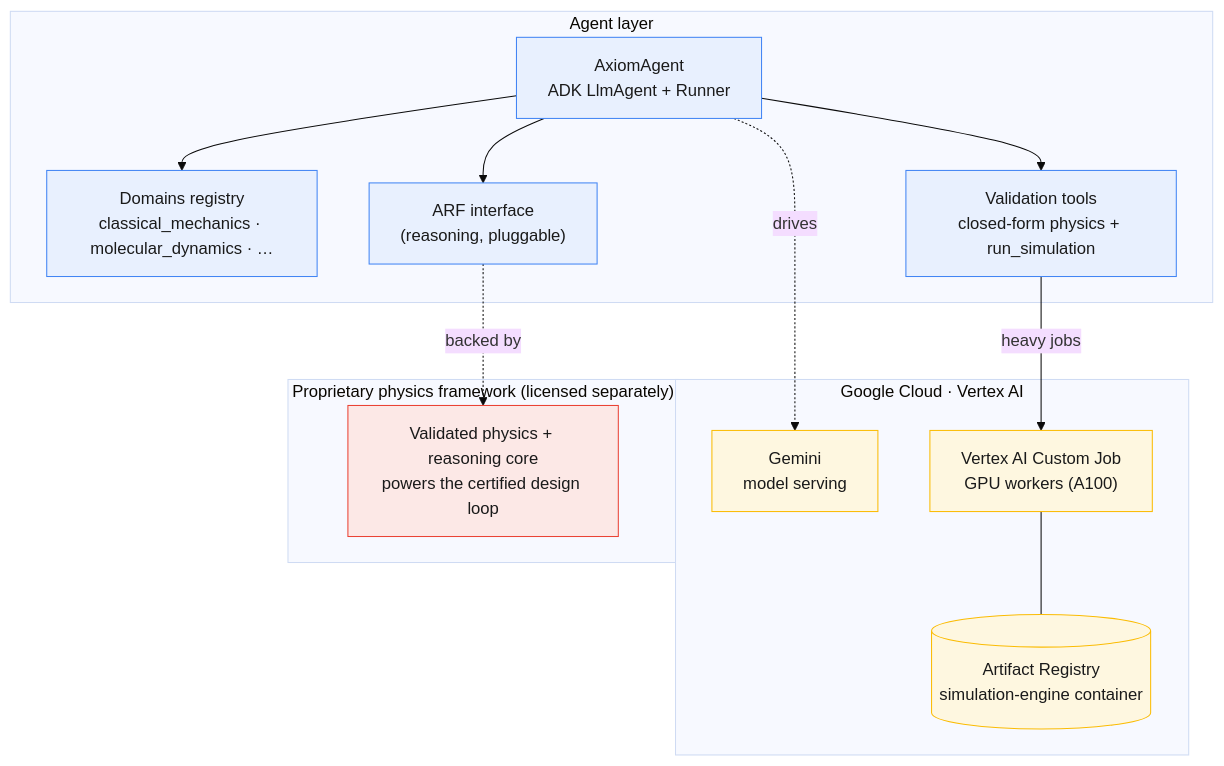
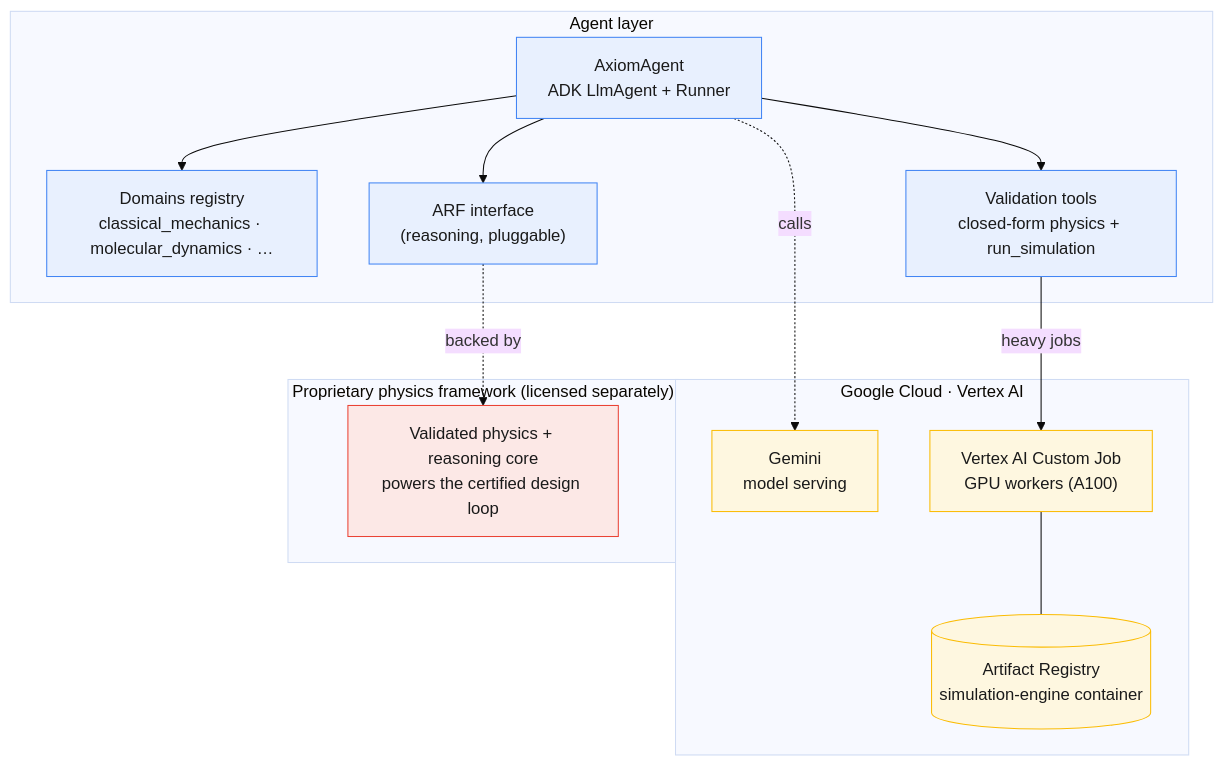
The second of 2 diagrams in docs/architecture-diagram.md (nakulvyas21/axiom-agent), drawn with Mermaid (base theme) before and after one commit. The commit also changed 1 other file, not shown here.

Commit message:
Clarify diagram edge: AxiomAgent calls Gemini

````diff
--- a/docs/architecture-diagram.md
+++ b/docs/architecture-diagram.md
@@ -35,34 +35,34 @@
 ```mermaid
 flowchart TB
     subgraph AGENT["Agent layer"]
         A[AxiomAgent<br/>ADK LlmAgent + Runner]
         D["Domains registry<br/>classical_mechanics · molecular_dynamics · …"]
         T["Validation tools<br/>closed-form physics + run_simulation"]
         R["ARF interface<br/>(reasoning, pluggable)"]
         A --> D
         A --> T
         A --> R
     end
 
     subgraph GCP["Google Cloud · Vertex AI"]
         G[Gemini<br/>model serving]
         V["Vertex AI Custom Job<br/>GPU workers (A100)"]
         AR[(Artifact Registry<br/>simulation-engine container)]
         V --- AR
     end
 
     subgraph IP["Proprietary physics framework (licensed separately)"]
         P["Validated physics + reasoning core<br/>powers the certified design loop"]
     end
 
-    A -. drives .-> G
+    A -. calls .-> G
     T -- heavy jobs --> V
     R -. backed by .-> P
 
     classDef agent fill:#e8f0fe,stroke:#4285f4,color:#1a1a1a;
     classDef gcp fill:#fef7e0,stroke:#fbbc04,color:#1a1a1a;
     classDef ip fill:#fce8e6,stroke:#ea4335,color:#1a1a1a;
     class A,D,T,R agent;
     class G,V,AR gcp;
     class P ip;
 ```
````
